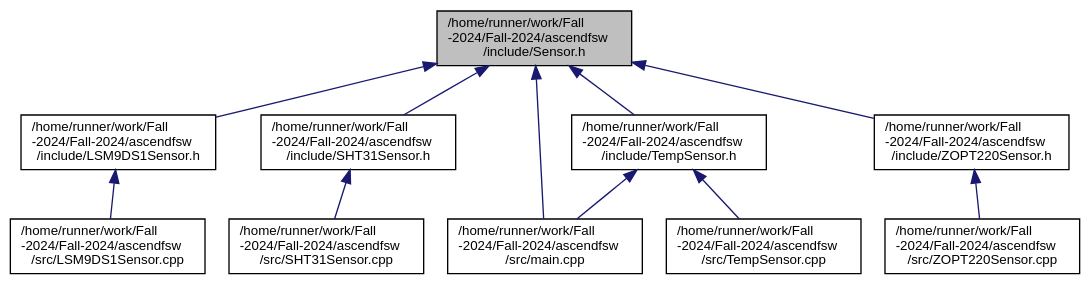
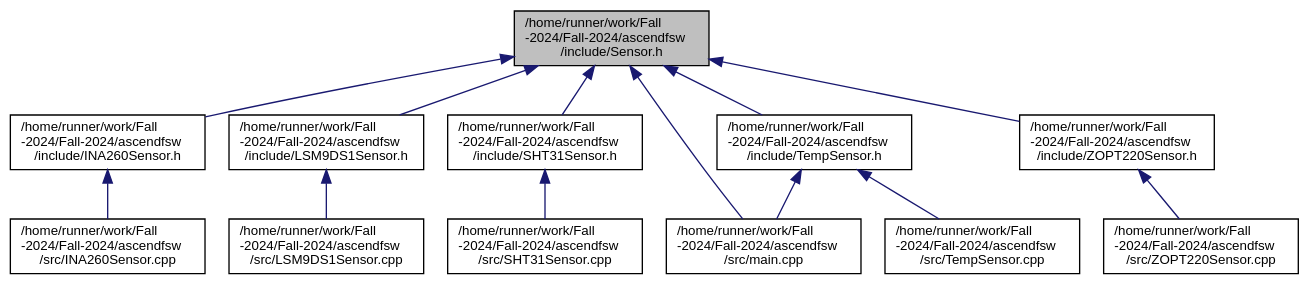
The diagram in docs/Sensor_8h__dep__incl.dot (ASU-ASCEND/Fall-2024), drawn with Graphviz before and after one commit. The commit also changed 72 other files, not shown here.

```diff
--- a/docs/Sensor_8h__dep__incl.dot
+++ b/docs/Sensor_8h__dep__incl.dot
@@ -1,28 +1,32 @@
 digraph "/home/runner/work/Fall-2024/Fall-2024/ascendfsw/include/Sensor.h"
 {
  // INTERACTIVE_SVG=YES
  // LATEX_PDF_SIZE
   bgcolor="transparent";
   edge [fontname="Helvetica",fontsize="10",labelfontname="Helvetica",labelfontsize="10"];
   node [fontname="Helvetica",fontsize="10",shape=record];
   Node1 [label="/home/runner/work/Fall\l-2024/Fall-2024/ascendfsw\l/include/Sensor.h",height=0.2,width=0.4,color="black", fillcolor="grey75", style="filled", fontcolor="black",tooltip=" "];
   Node1 -> Node2 [dir="back",color="midnightblue",fontsize="10",style="solid",fontname="Helvetica"];
-  Node2 [label="/home/runner/work/Fall\l-2024/Fall-2024/ascendfsw\l/include/LSM9DS1Sensor.h",height=0.2,width=0.4,color="black",URL="$LSM9DS1Sensor_8h.html",tooltip=" "];
+  Node2 [label="/home/runner/work/Fall\l-2024/Fall-2024/ascendfsw\l/include/INA260Sensor.h",height=0.2,width=0.4,color="black",URL="$INA260Sensor_8h.html",tooltip=" "];
   Node2 -> Node3 [dir="back",color="midnightblue",fontsize="10",style="solid",fontname="Helvetica"];
-  Node3 [label="/home/runner/work/Fall\l-2024/Fall-2024/ascendfsw\l/src/LSM9DS1Sensor.cpp",height=0.2,width=0.4,color="black",URL="$LSM9DS1Sensor_8cpp.html",tooltip=" "];
+  Node3 [label="/home/runner/work/Fall\l-2024/Fall-2024/ascendfsw\l/src/INA260Sensor.cpp",height=0.2,width=0.4,color="black",URL="$INA260Sensor_8cpp.html",tooltip=" "];
   Node1 -> Node4 [dir="back",color="midnightblue",fontsize="10",style="solid",fontname="Helvetica"];
-  Node4 [label="/home/runner/work/Fall\l-2024/Fall-2024/ascendfsw\l/include/SHT31Sensor.h",height=0.2,width=0.4,color="black",URL="$SHT31Sensor_8h.html",tooltip=" "];
+  Node4 [label="/home/runner/work/Fall\l-2024/Fall-2024/ascendfsw\l/include/LSM9DS1Sensor.h",height=0.2,width=0.4,color="black",URL="$LSM9DS1Sensor_8h.html",tooltip=" "];
   Node4 -> Node5 [dir="back",color="midnightblue",fontsize="10",style="solid",fontname="Helvetica"];
-  Node5 [label="/home/runner/work/Fall\l-2024/Fall-2024/ascendfsw\l/src/SHT31Sensor.cpp",height=0.2,width=0.4,color="black",URL="$SHT31Sensor_8cpp.html",tooltip=" "];
+  Node5 [label="/home/runner/work/Fall\l-2024/Fall-2024/ascendfsw\l/src/LSM9DS1Sensor.cpp",height=0.2,width=0.4,color="black",URL="$LSM9DS1Sensor_8cpp.html",tooltip=" "];
   Node1 -> Node6 [dir="back",color="midnightblue",fontsize="10",style="solid",fontname="Helvetica"];
-  Node6 [label="/home/runner/work/Fall\l-2024/Fall-2024/ascendfsw\l/include/TempSensor.h",height=0.2,width=0.4,color="black",URL="$TempSensor_8h.html",tooltip=" "];
+  Node6 [label="/home/runner/work/Fall\l-2024/Fall-2024/ascendfsw\l/include/SHT31Sensor.h",height=0.2,width=0.4,color="black",URL="$SHT31Sensor_8h.html",tooltip=" "];
   Node6 -> Node7 [dir="back",color="midnightblue",fontsize="10",style="solid",fontname="Helvetica"];
-  Node7 [label="/home/runner/work/Fall\l-2024/Fall-2024/ascendfsw\l/src/main.cpp",height=0.2,width=0.4,color="black",URL="$main_8cpp.html",tooltip=" "];
-  Node6 -> Node8 [dir="back",color="midnightblue",fontsize="10",style="solid",fontname="Helvetica"];
-  Node8 [label="/home/runner/work/Fall\l-2024/Fall-2024/ascendfsw\l/src/TempSensor.cpp",height=0.2,width=0.4,color="black",URL="$TempSensor_8cpp.html",tooltip=" "];
+  Node7 [label="/home/runner/work/Fall\l-2024/Fall-2024/ascendfsw\l/src/SHT31Sensor.cpp",height=0.2,width=0.4,color="black",URL="$SHT31Sensor_8cpp.html",tooltip=" "];
+  Node1 -> Node8 [dir="back",color="midnightblue",fontsize="10",style="solid",fontname="Helvetica"];
+  Node8 [label="/home/runner/work/Fall\l-2024/Fall-2024/ascendfsw\l/include/TempSensor.h",height=0.2,width=0.4,color="black",URL="$TempSensor_8h.html",tooltip=" "];
+  Node8 -> Node9 [dir="back",color="midnightblue",fontsize="10",style="solid",fontname="Helvetica"];
+  Node9 [label="/home/runner/work/Fall\l-2024/Fall-2024/ascendfsw\l/src/main.cpp",height=0.2,width=0.4,color="black",URL="$main_8cpp.html",tooltip=" "];
+  Node8 -> Node10 [dir="back",color="midnightblue",fontsize="10",style="solid",fontname="Helvetica"];
+  Node10 [label="/home/runner/work/Fall\l-2024/Fall-2024/ascendfsw\l/src/TempSensor.cpp",height=0.2,width=0.4,color="black",URL="$TempSensor_8cpp.html",tooltip=" "];
+  Node1 -> Node11 [dir="back",color="midnightblue",fontsize="10",style="solid",fontname="Helvetica"];
+  Node11 [label="/home/runner/work/Fall\l-2024/Fall-2024/ascendfsw\l/include/ZOPT220Sensor.h",height=0.2,width=0.4,color="black",URL="$ZOPT220Sensor_8h.html",tooltip=" "];
+  Node11 -> Node12 [dir="back",color="midnightblue",fontsize="10",style="solid",fontname="Helvetica"];
+  Node12 [label="/home/runner/work/Fall\l-2024/Fall-2024/ascendfsw\l/src/ZOPT220Sensor.cpp",height=0.2,width=0.4,color="black",URL="$ZOPT220Sensor_8cpp.html",tooltip=" "];
   Node1 -> Node9 [dir="back",color="midnightblue",fontsize="10",style="solid",fontname="Helvetica"];
-  Node9 [label="/home/runner/work/Fall\l-2024/Fall-2024/ascendfsw\l/include/ZOPT220Sensor.h",height=0.2,width=0.4,color="black",URL="$ZOPT220Sensor_8h.html",tooltip=" "];
-  Node9 -> Node10 [dir="back",color="midnightblue",fontsize="10",style="solid",fontname="Helvetica"];
-  Node10 [label="/home/runner/work/Fall\l-2024/Fall-2024/ascendfsw\l/src/ZOPT220Sensor.cpp",height=0.2,width=0.4,color="black",URL="$ZOPT220Sensor_8cpp.html",tooltip=" "];
-  Node1 -> Node7 [dir="back",color="midnightblue",fontsize="10",style="solid",fontname="Helvetica"];
 }
```
